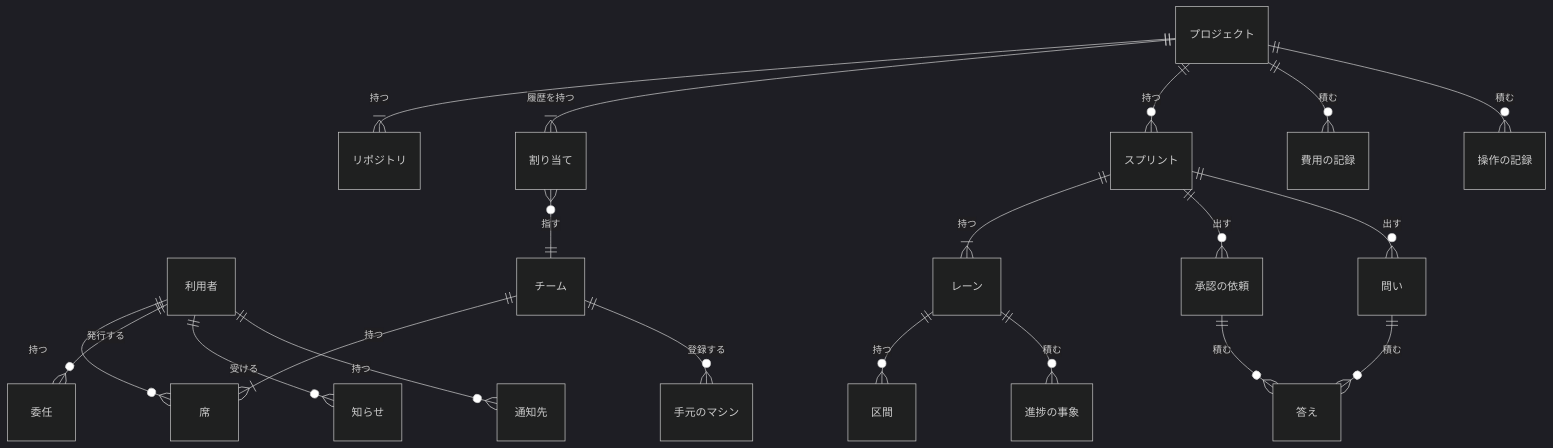
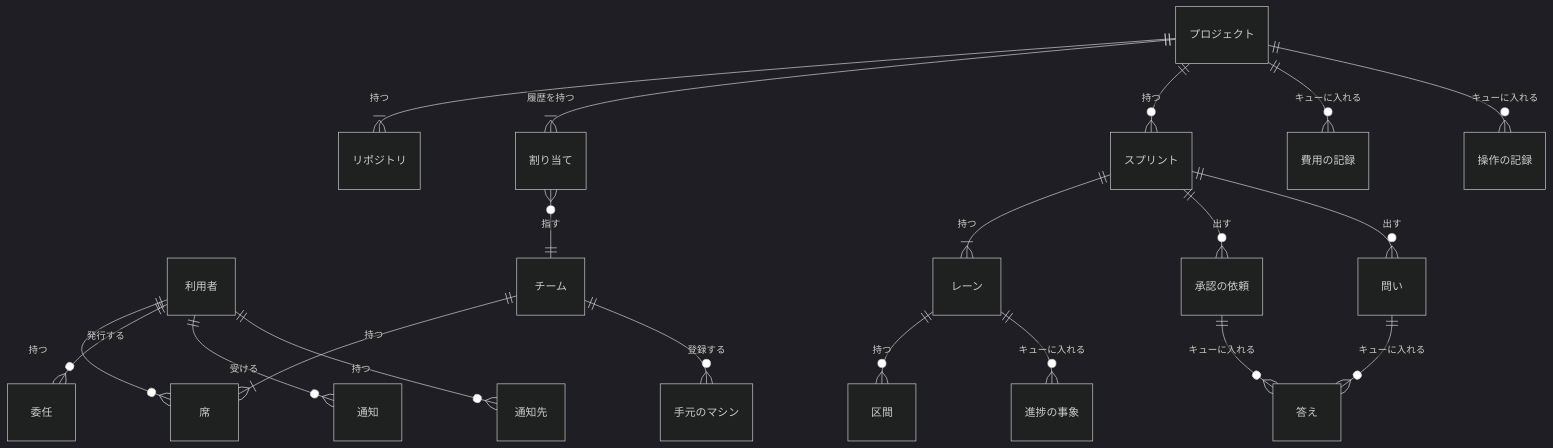
One commit to devbasex/nd-factory changed the first of 2 diagrams in docs/design/data.md. Above: the diagram before and after it, drawn with Mermaid (dark theme). The commit also changed other lines of this file and 114 other files, not shown here.

````diff
--- a/docs/design/data.md
+++ b/docs/design/data.md
@@ -35,41 +35,41 @@
 ```mermaid
 erDiagram
     User["利用者"]
     Seat["席"]
     Team["チーム"]
     Delegation["委任"]
     Machine["手元のマシン"]
     Project["プロジェクト"]
     Repository["リポジトリ"]
     Assignment["割り当て"]
     Sprint["スプリント"]
     Lane["レーン"]
     Segment["区間"]
     ProgressEvent["進捗の事象"]
     Approval["承認の依頼"]
     Question["問い"]
     Answer["答え"]
-    Notice["知らせ"]
+    Notice["通知"]
     Destination["通知先"]
     CostRecord["費用の記録"]
     AuditRecord["操作の記録"]
     User ||--o{ Seat : "持つ"
     Team ||--|{ Seat : "持つ"
     User ||--o{ Delegation : "発行する"
     Team ||--o{ Machine : "登録する"
     Project ||--|{ Repository : "持つ"
     Project ||--|{ Assignment : "履歴を持つ"
     Assignment }o--|| Team : "指す"
     Project ||--o{ Sprint : "持つ"
     Sprint ||--|{ Lane : "持つ"
     Lane ||--o{ Segment : "持つ"
-    Lane ||--o{ ProgressEvent : "積む"
+    Lane ||--o{ ProgressEvent : "キューに入れる"
     Sprint ||--o{ Approval : "出す"
     Sprint ||--o{ Question : "出す"
-    Approval ||--o{ Answer : "積む"
-    Question ||--o{ Answer : "積む"
+    Approval ||--o{ Answer : "キューに入れる"
+    Question ||--o{ Answer : "キューに入れる"
     User ||--o{ Notice : "受ける"
     User ||--o{ Destination : "持つ"
-    Project ||--o{ CostRecord : "積む"
-    Project ||--o{ AuditRecord : "積む"
+    Project ||--o{ CostRecord : "キューに入れる"
+    Project ||--o{ AuditRecord : "キューに入れる"
 ```
````
